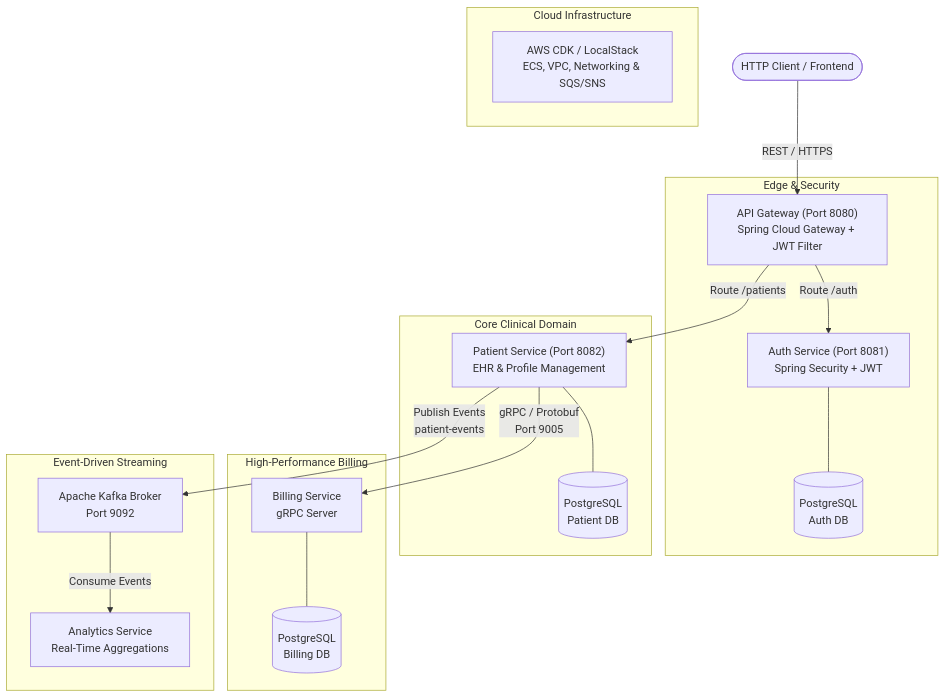
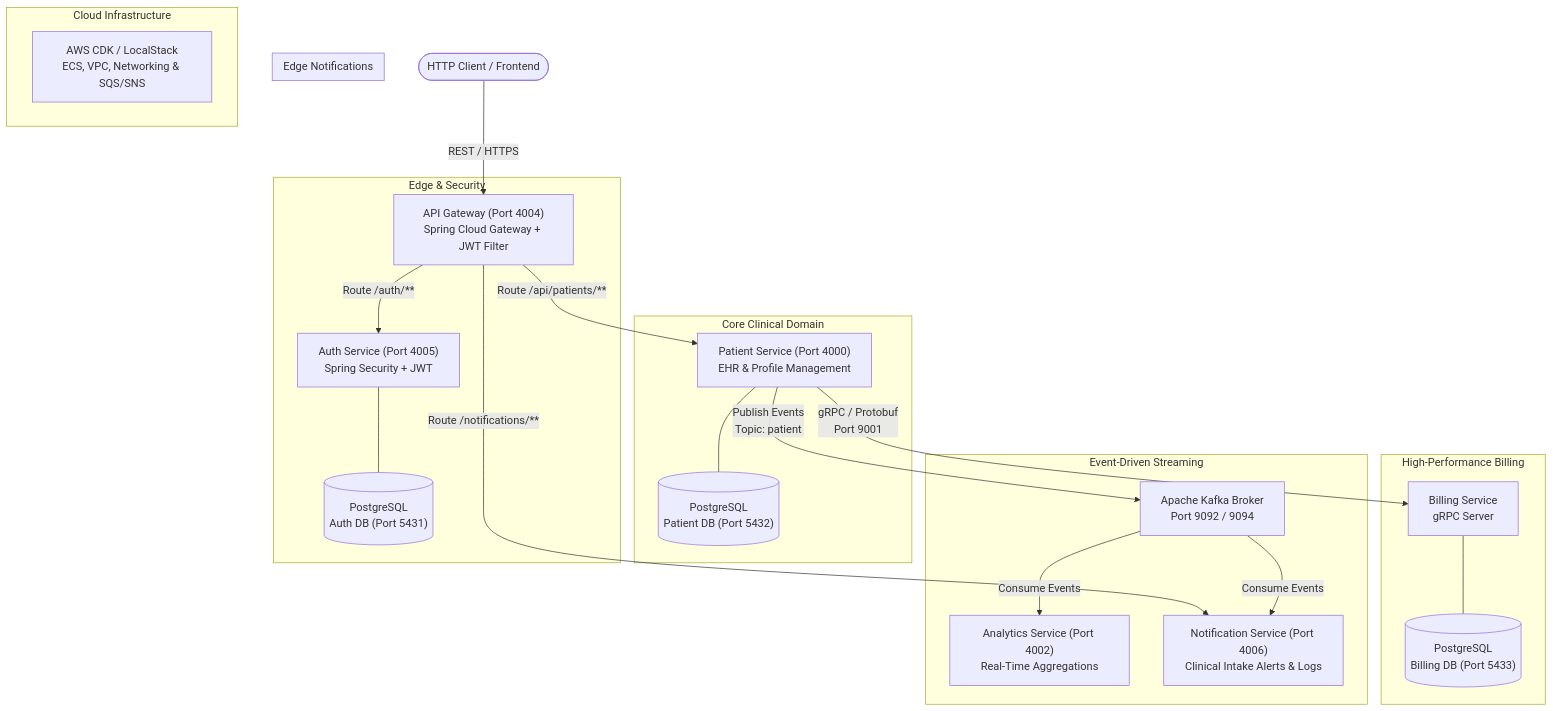
Before and after one commit to Adarsh-Kumar-Sinha/pulse-health-platform: the diagram in README.md, drawn with Mermaid. The commit also changed other lines of this file, not shown here.

Commit message:
docs: update system architecture, notification service routes, and ci badges

````diff
--- a/README.md
+++ b/README.md
@@ -18,28 +18,33 @@
 ```mermaid
 flowchart TD
-    Client(["HTTP Client / Frontend"]) -->|REST / HTTPS| Gateway["API Gateway (Port 8080)<br/>Spring Cloud Gateway + JWT Filter"]
+    Client(["HTTP Client / Frontend"]) -->|REST / HTTPS| Gateway["API Gateway (Port 4004)<br/>Spring Cloud Gateway + JWT Filter"]
 
     subgraph Edge & Security
-        Gateway -->|Route /auth| AuthSvc["Auth Service (Port 8081)<br/>Spring Security + JWT"]
-        AuthSvc --- AuthDB[("PostgreSQL<br/>Auth DB")]
+        Gateway -->|Route /auth/**| AuthSvc["Auth Service (Port 4005)<br/>Spring Security + JWT"]
+        AuthSvc --- AuthDB[("PostgreSQL<br/>Auth DB (Port 5431)")]
     end
 
     subgraph Core Clinical Domain
-        Gateway -->|Route /patients| PatientSvc["Patient Service (Port 8082)<br/>EHR & Profile Management"]
-        PatientSvc --- PatientDB[("PostgreSQL<br/>Patient DB")]
+        Gateway -->|Route /api/patients/**| PatientSvc["Patient Service (Port 4000)<br/>EHR & Profile Management"]
+        PatientSvc --- PatientDB[("PostgreSQL<br/>Patient DB (Port 5432)")]
     end
 
     subgraph High-Performance Billing
-        PatientSvc -->|gRPC / Protobuf<br/>Port 9005| BillingSvc["Billing Service<br/>gRPC Server"]
-        BillingSvc --- BillingDB[("PostgreSQL<br/>Billing DB")]
+        PatientSvc -->|gRPC / Protobuf<br/>Port 9001| BillingSvc["Billing Service<br/>gRPC Server"]
+        BillingSvc --- BillingDB[("PostgreSQL<br/>Billing DB (Port 5433)")]
     end
 
     subgraph Event-Driven Streaming
-        PatientSvc -->|Publish Events<br/>patient-events| Kafka["Apache Kafka Broker<br/>Port 9092"]
-        Kafka -->|Consume Events| AnalyticsSvc["Analytics Service<br/>Real-Time Aggregations"]
+        PatientSvc -->|Publish Events<br/>Topic: patient| Kafka["Apache Kafka Broker<br/>Port 9092 / 9094"]
+        Kafka -->|Consume Events| AnalyticsSvc["Analytics Service (Port 4002)<br/>Real-Time Aggregations"]
+        Kafka -->|Consume Events| NotificationSvc["Notification Service (Port 4006)<br/>Clinical Intake Alerts & Logs"]
+    end
+
+    subgraph Edge Notifications
+        Gateway -->|Route /notifications/**| NotificationSvc
     end
 
     subgraph Cloud Infrastructure
         LocalStack["AWS CDK / LocalStack<br/>ECS, VPC, Networking & SQS/SNS"]
     end
 ```
````
